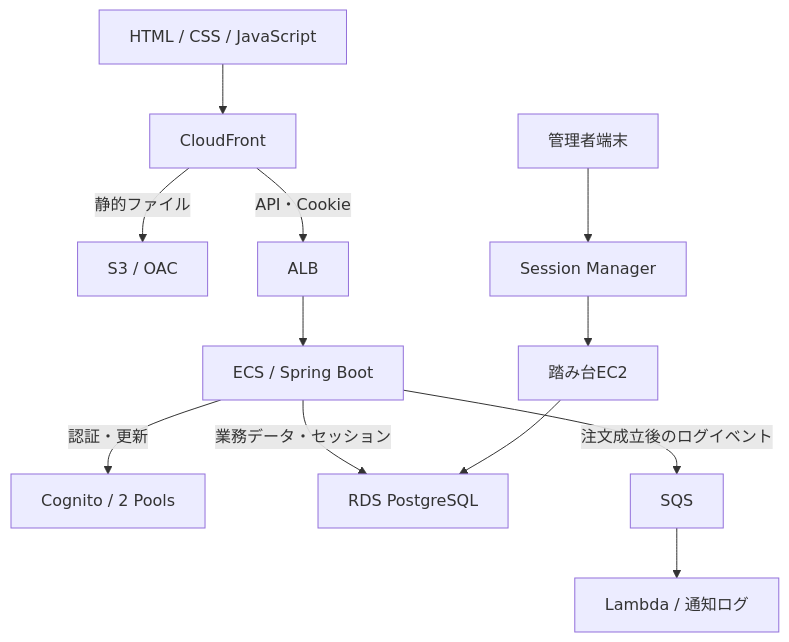
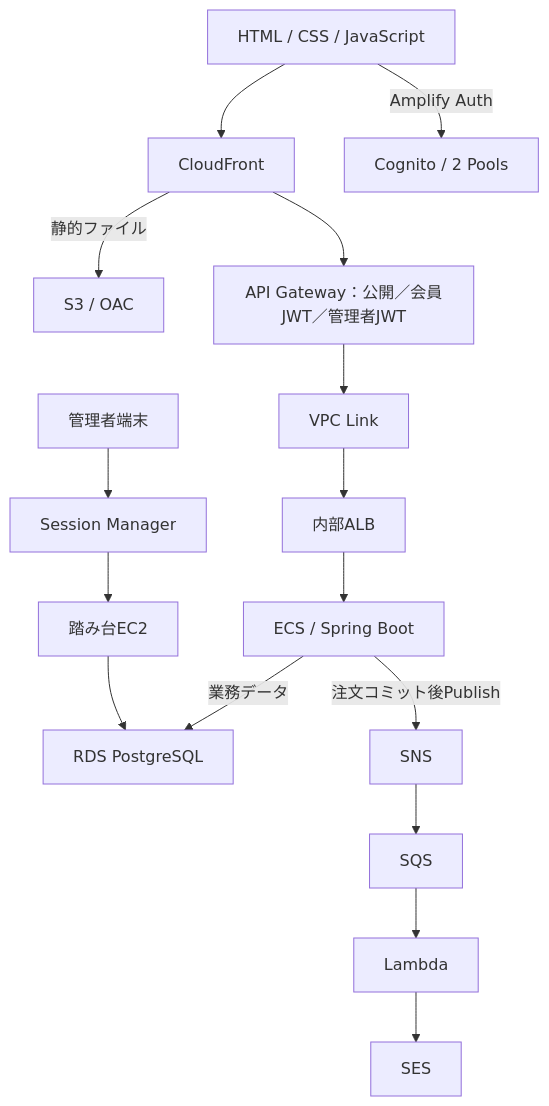
Before and after one commit to shooot223/cloudnative-ec-java: the diagram in docs/aws/README.md, drawn with Mermaid. The commit also changed other lines of this file and 64 other files, not shown here.

````diff
--- a/docs/aws/README.md
+++ b/docs/aws/README.md
@@ -39,14 +39,18 @@
 ```mermaid
 flowchart TD
   Browser["HTML / CSS / JavaScript"] --> CF[CloudFront]
   CF -->|静的ファイル| S3["S3 / OAC"]
-  CF -->|API・Cookie| ALB[ALB]
+  CF --> G["API Gateway：公開／会員JWT／管理者JWT"]
+  G --> V["VPC Link"]
+  V --> ALB["内部ALB"]
   ALB --> ECS["ECS / Spring Boot"]
-  ECS -->|認証・更新| Cognito["Cognito / 2 Pools"]
-  ECS -->|業務データ・セッション| RDS["RDS PostgreSQL"]
-  ECS -->|注文成立後のログイベント| SQS[SQS]
-  SQS --> Lambda["Lambda / 通知ログ"]
+  Browser -->|Amplify Auth| Cognito["Cognito / 2 Pools"]
+  ECS -->|業務データ| RDS["RDS PostgreSQL"]
+  ECS -->|注文コミット後Publish| SNS[SNS]
+  SNS --> SQS[SQS]
+  SQS --> Lambda[Lambda]
+  Lambda --> SES[SES]
   Operator[管理者端末] --> SSM[Session Manager]
   SSM --> EC2[踏み台EC2]
   EC2 --> RDS
 ```
````
